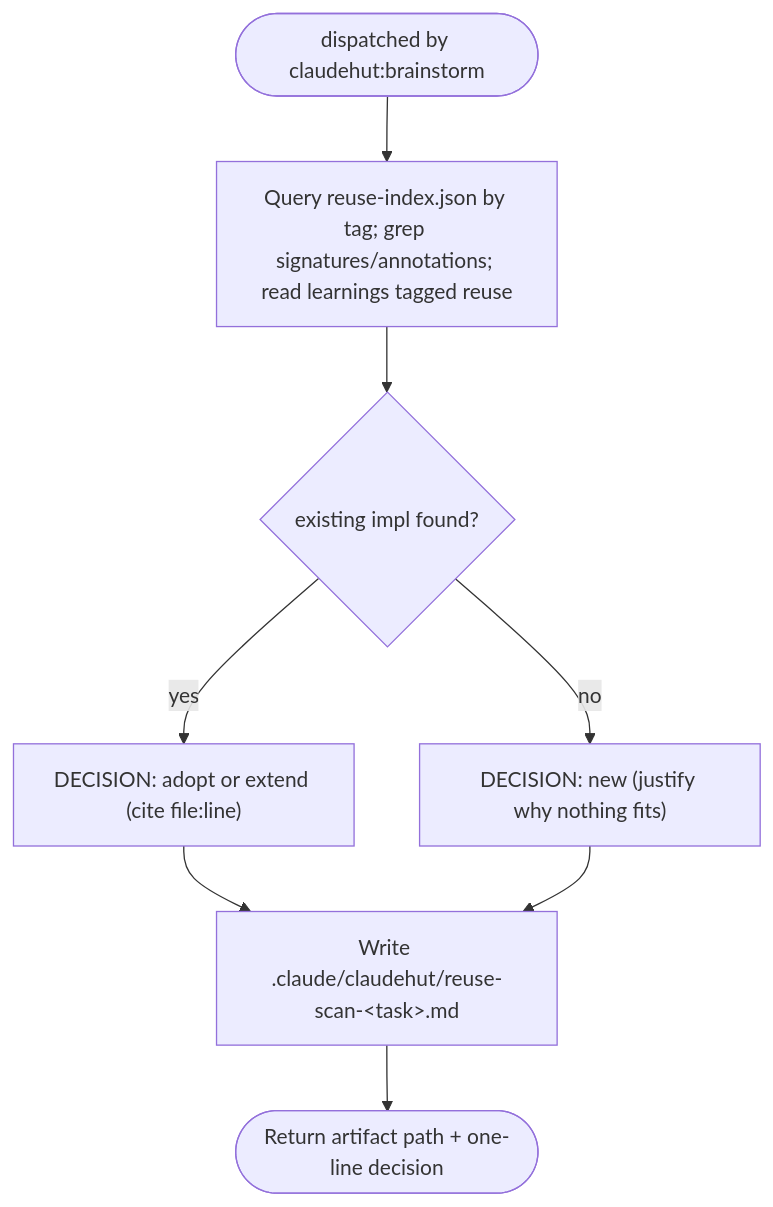
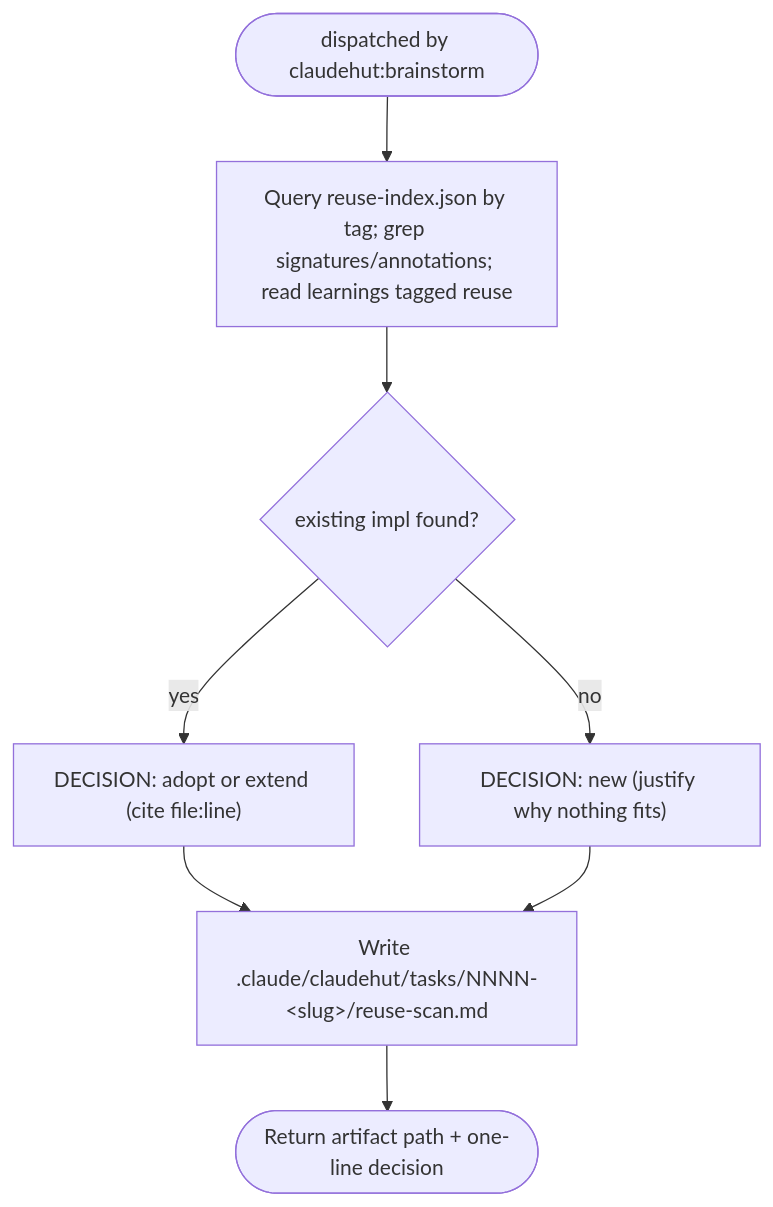
One commit to taipt1504/claudehut changed the diagram in agents/claudehut-reuse-scanner.md. Above: the diagram before and after it, drawn with Mermaid. The commit also changed other lines of this file and 30 other files, not shown here.

````diff
--- a/agents/claudehut-reuse-scanner.md
+++ b/agents/claudehut-reuse-scanner.md
@@ -22,9 +22,9 @@
 ```mermaid
 flowchart TB
     a([dispatched by claudehut:brainstorm]) --> q["Query reuse-index.json by tag; grep signatures/annotations; read learnings tagged reuse"]
     q --> found{"existing impl found?"}
     found -- yes --> dec1["DECISION: adopt or extend (cite file:line)"]
     found -- no --> dec2["DECISION: new (justify why nothing fits)"]
-    dec1 & dec2 --> write["Write .claude/claudehut/reuse-scan-&lt;task&gt;.md"]
+    dec1 & dec2 --> write["Write .claude/claudehut/tasks/NNNN-&lt;slug&gt;/reuse-scan.md"]
     write --> out([Return artifact path + one-line decision])
 ```
````
